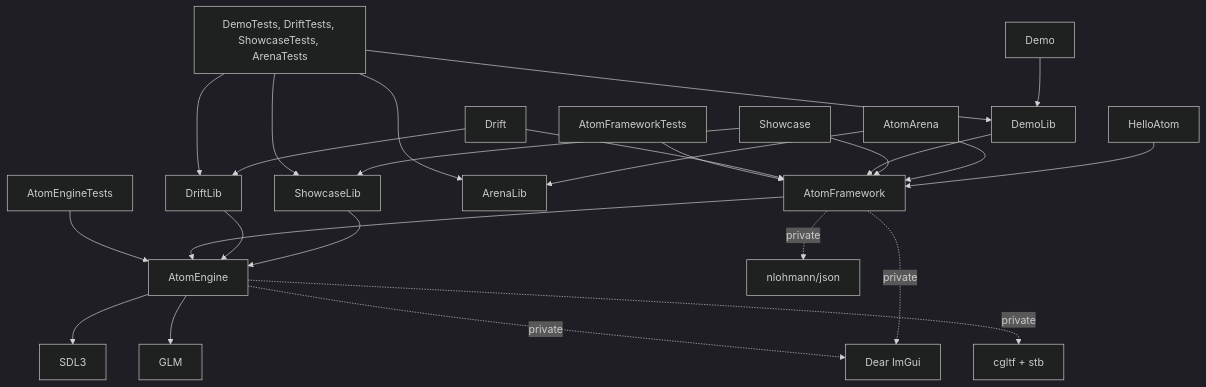
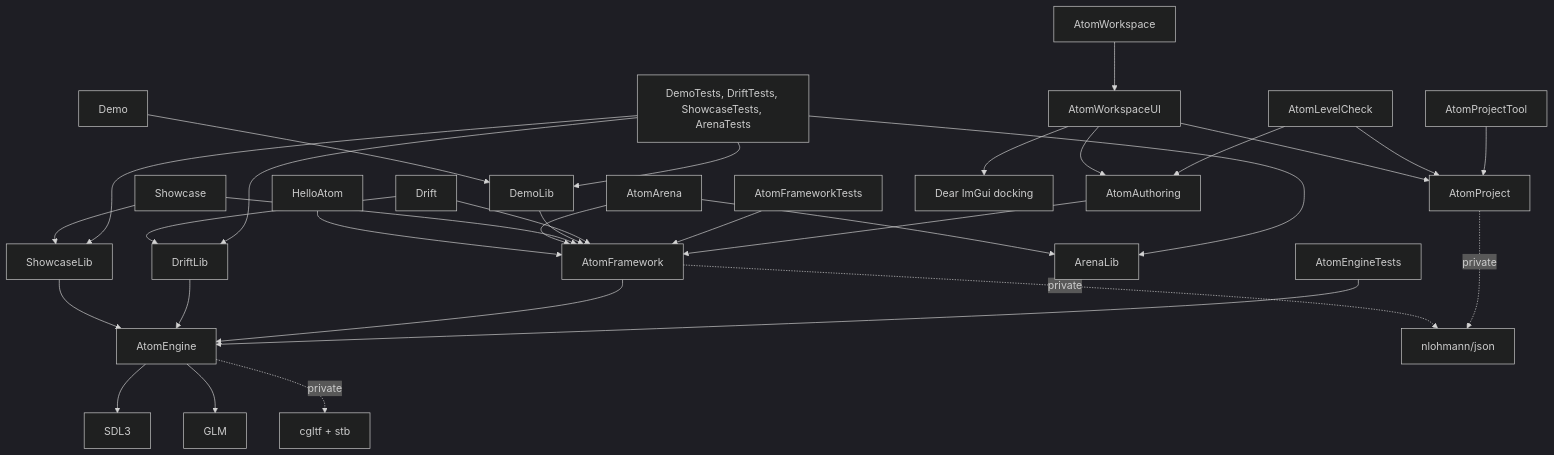
The first of 7 diagrams in docs/Architecture.md (fgdoliveira/AtomEngine), drawn with Mermaid (dark theme) before and after one commit. The commit also changed other lines of this file and 93 other files, not shown here.

First line of the commit message:
Atom workspace - v0.0.19 (#26)

````diff
--- a/docs/Architecture.md
+++ b/docs/Architecture.md
@@ -41,24 +52,28 @@
 ```mermaid
 graph TD
     Showcase[Showcase] --> ShowcaseLib
     Demo[Demo] --> DemoLib
     Drift[Drift] --> DriftLib
     Hello[HelloAtom] --> Framework
     Arena[AtomArena] --> ArenaLib
     Arena --> Framework
     Showcase --> Framework
     DemoLib --> Framework
     Drift --> Framework
     ShowcaseLib --> Engine
     DriftLib --> Engine
     Framework[AtomFramework] --> Engine[AtomEngine]
     EngineTests[AtomEngineTests] --> Engine
     FrameworkTests[AtomFrameworkTests] --> Framework
     AppTests["DemoTests, DriftTests, ShowcaseTests, ArenaTests"] --> DemoLib & DriftLib & ShowcaseLib & ArenaLib
     Framework -.->|private| JSON[nlohmann/json]
-    Framework -.->|private| ImGui[Dear ImGui]
     Engine --> SDL[SDL3]
     Engine --> GLM
-    Engine -.->|private| ImGui
     Engine -.->|private| CGLTF[cgltf + stb]
+    Authoring[AtomAuthoring] --> Framework
+    Project[AtomProject] -.->|private| JSON
+    WorkspaceUI[AtomWorkspaceUI] --> Authoring & Project & ImGui[Dear ImGui docking]
+    Workspace[AtomWorkspace] --> WorkspaceUI
+    LevelCheck[AtomLevelCheck] --> Authoring & Project
+    ProjectTool[AtomProjectTool] --> Project
 ```
````
